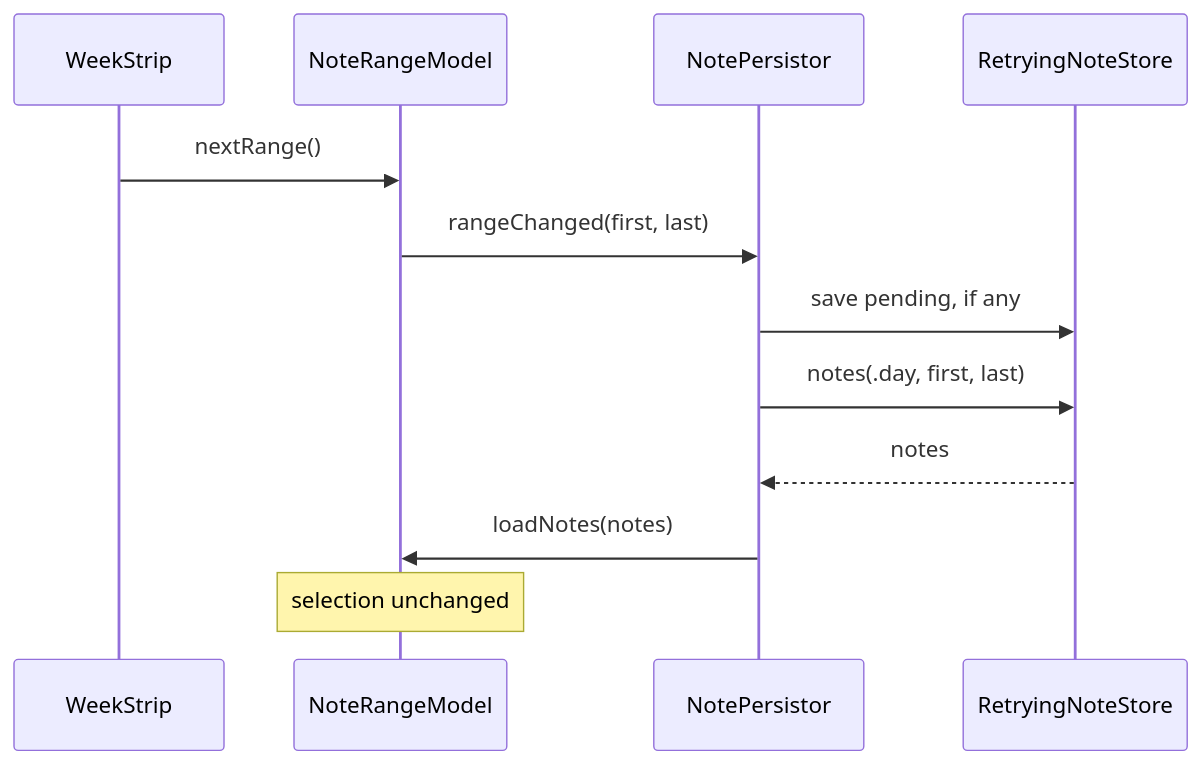
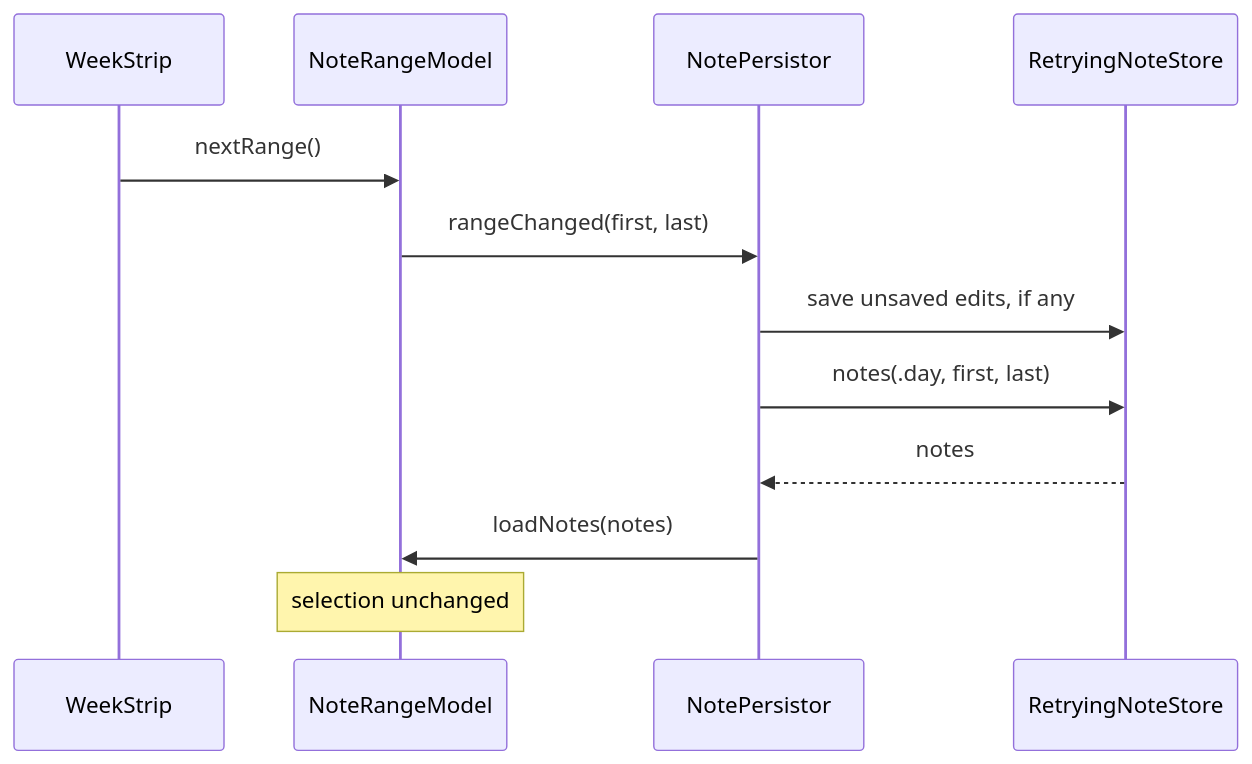
Before and after one commit to rockem/everline: the fifth of 6 diagrams in docs/ARCHITECTURE.md, drawn with Mermaid. The commit also changed other lines of this file and 5 other files, not shown here.

````diff
--- a/docs/ARCHITECTURE.md
+++ b/docs/ARCHITECTURE.md
@@ -135,15 +135,15 @@
 ```mermaid
 sequenceDiagram
     participant V as WeekStrip
     participant M as NoteRangeModel
     participant P as NotePersistor
     participant R as RetryingNoteStore
 
     V->>M: nextRange()
     M->>P: rangeChanged(first, last)
-    P->>R: save pending, if any
+    P->>R: save unsaved edits, if any
     P->>R: notes(.day, first, last)
     R-->>P: notes
     P->>M: loadNotes(notes)
     Note over M: selection unchanged
 ```
````
